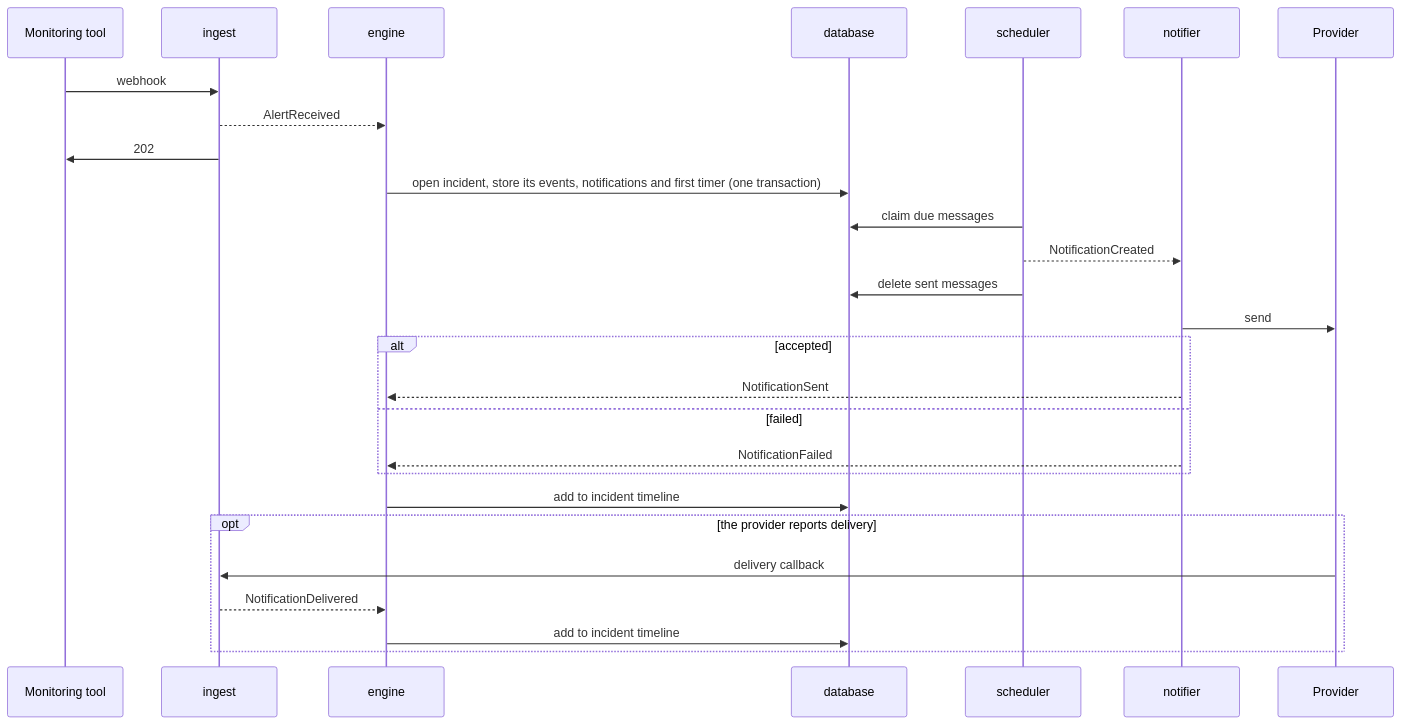
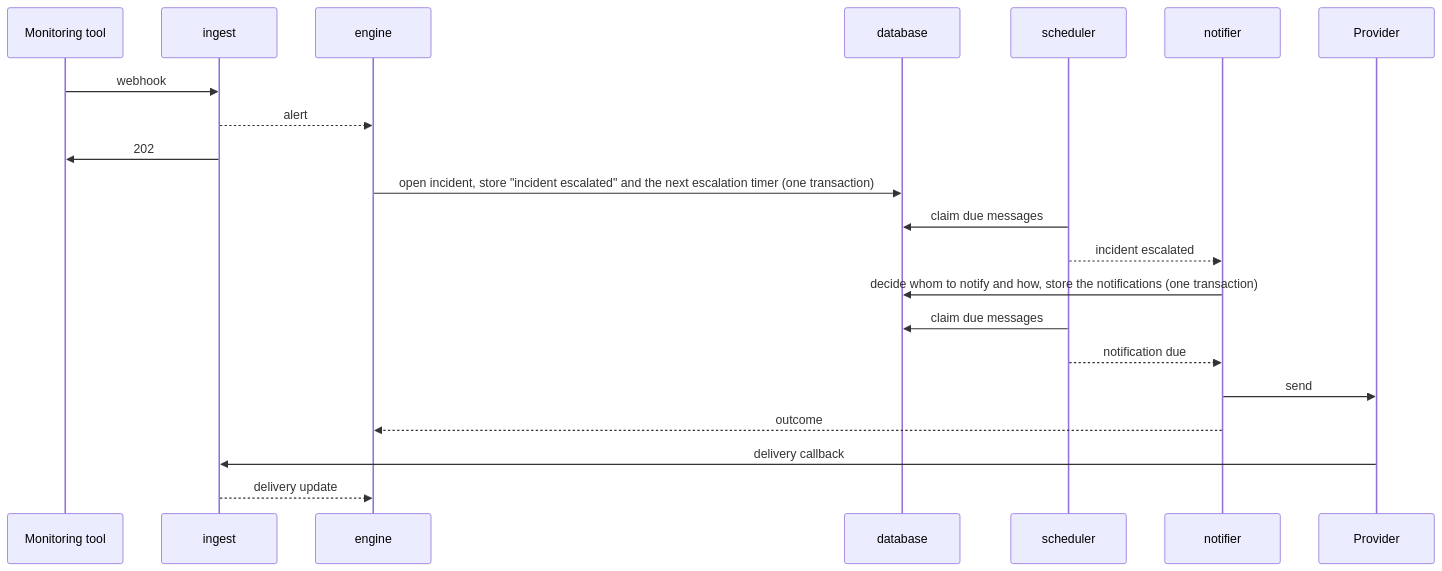
Before and after one commit to murphyhq/server: the second of 5 diagrams in docs/architecture.md, drawn with Mermaid. The commit also changed other lines of this file and 101 other files, not shown here.

````diff
--- a/docs/architecture.md
+++ b/docs/architecture.md
@@ -114,29 +115,23 @@
 ```mermaid
 sequenceDiagram
   participant M as Monitoring tool
   participant I as ingest
   participant E as engine
   participant D as database
   participant S as scheduler
   participant N as notifier
   participant P as Provider
   M->>I: webhook
-  I-->>E: AlertReceived
+  I-->>E: alert
   I->>M: 202
-  E->>D: open incident, store its events, notifications and first timer (one transaction)
+  E->>D: open incident, store "incident escalated" and the next escalation timer (one transaction)
   S->>D: claim due messages
-  S-->>N: NotificationCreated
-  S->>D: delete sent messages
+  S-->>N: incident escalated
+  N->>D: decide whom to notify and how, store the notifications (one transaction)
+  S->>D: claim due messages
+  S-->>N: notification due
   N->>P: send
-  alt accepted
-    N-->>E: NotificationSent
-  else failed
-    N-->>E: NotificationFailed
-  end
-  E->>D: add to incident timeline
-  opt the provider reports delivery
-    P->>I: delivery callback
-    I-->>E: NotificationDelivered
-    E->>D: add to incident timeline
-  end
+  N-->>E: outcome
+  P->>I: delivery callback
+  I-->>E: delivery update
 ```
````
